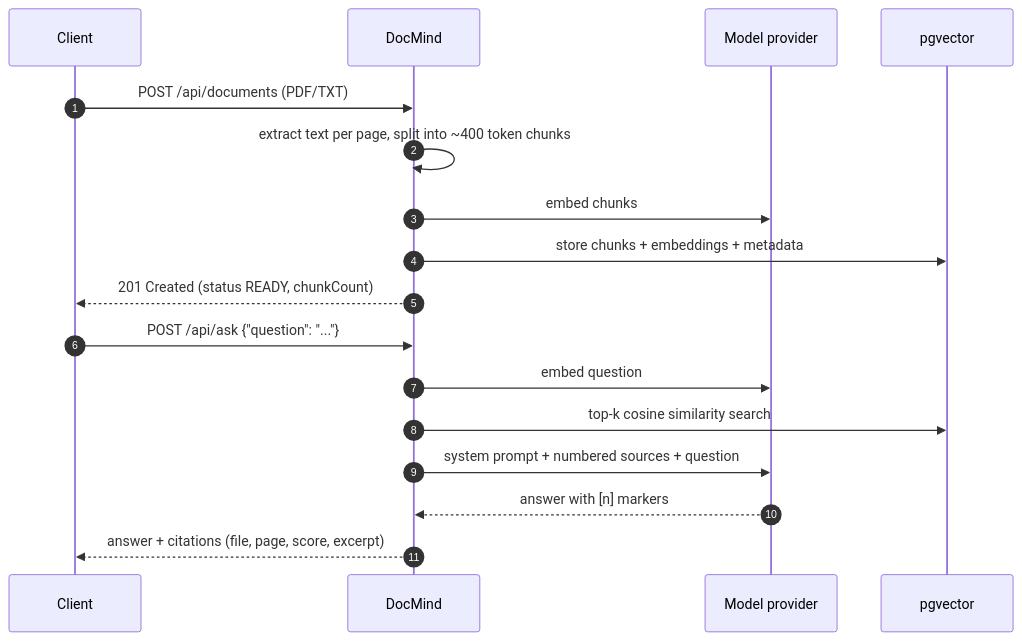
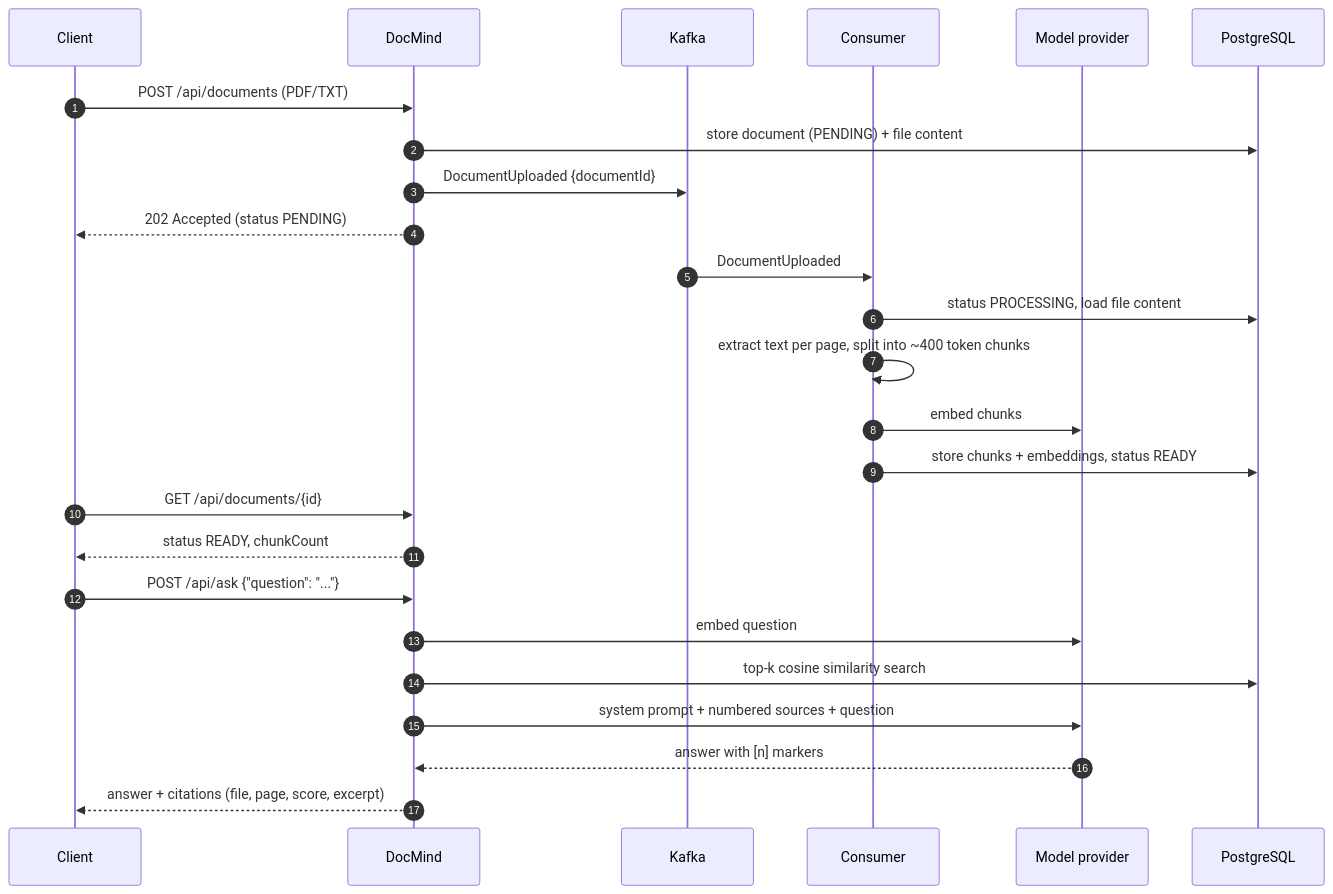
Before and after one commit to nakhat-parveen/docmind-ai: the second of 2 diagrams in README.md, drawn with Mermaid. The commit also changed other lines of this file, not shown here.

Commit message:
Document Kafka processing and monitoring in the README

````diff
--- a/README.md
+++ b/README.md
@@ -76,21 +86,29 @@
 ```mermaid
 sequenceDiagram
     autonumber
     participant C as Client
     participant D as DocMind
+    participant K as Kafka
+    participant W as Consumer
     participant M as Model provider
-    participant P as pgvector
+    participant P as PostgreSQL
 
     C->>D: POST /api/documents (PDF/TXT)
-    D->>D: extract text per page, split into ~400 token chunks
-    D->>M: embed chunks
-    D->>P: store chunks + embeddings + metadata
-    D-->>C: 201 Created (status READY, chunkCount)
+    D->>P: store document (PENDING) + file content
+    D->>K: DocumentUploaded {documentId}
+    D-->>C: 202 Accepted (status PENDING)
+    K->>W: DocumentUploaded
+    W->>P: status PROCESSING, load file content
+    W->>W: extract text per page, split into ~400 token chunks
+    W->>M: embed chunks
+    W->>P: store chunks + embeddings, status READY
+    C->>D: GET /api/documents/{id}
+    D-->>C: status READY, chunkCount
 
     C->>D: POST /api/ask {"question": "..."}
     D->>M: embed question
     D->>P: top-k cosine similarity search
     D->>M: system prompt + numbered sources + question
     M-->>D: answer with [n] markers
     D-->>C: answer + citations (file, page, score, excerpt)
 ```
````
